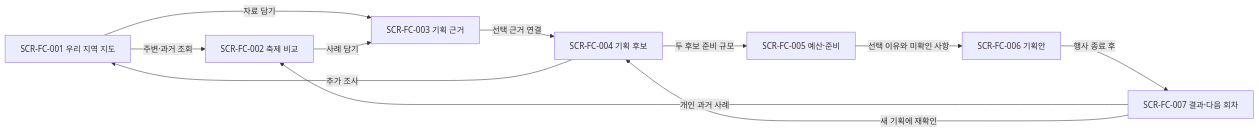
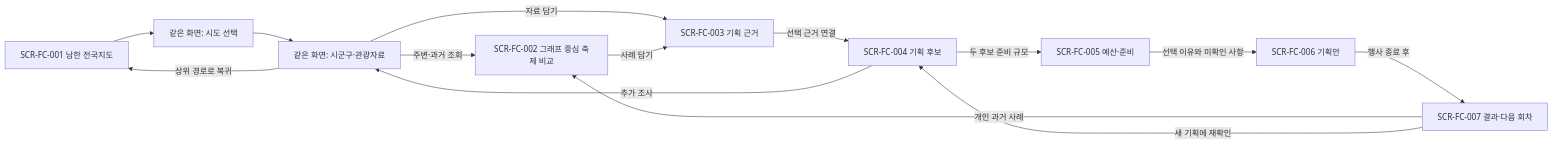
The first of 5 diagrams in docs/sdlc/2-design/flows.md (gitvssh/fest-compass), drawn with Mermaid before and after one commit. The commit also changed other lines of this file and 43 other files, not shown here.

Commit message:
docs: design nationwide exploration and evidence-backed comparison charts

````diff
--- a/docs/sdlc/2-design/flows.md
+++ b/docs/sdlc/2-design/flows.md
@@ -15,13 +15,16 @@
 ```mermaid
 flowchart LR
-  A["SCR-FC-001 우리 지역 지도"] -->|주변·과거 조회| B["SCR-FC-002 축제 비교"]
+  N["SCR-FC-001 남한 전국지도"] --> P["같은 화면: 시도 선택"]
+  P --> A["같은 화면: 시군구·관광자료"]
+  A -->|상위 경로로 복귀| N
+  A -->|주변·과거 조회| B["SCR-FC-002 그래프 중심 축제 비교"]
   A -->|자료 담기| C["SCR-FC-003 기획 근거"]
   B -->|사례 담기| C
   C -->|선택 근거 연결| D["SCR-FC-004 기획 후보"]
   D -->|두 후보 준비 규모| E["SCR-FC-005 예산·준비"]
   E -->|선택 이유와 미확인 사항| F["SCR-FC-006 기획안"]
   F -->|행사 종료 후| G["SCR-FC-007 결과·다음 회차"]
   G -->|개인 과거 사례| B
   G -->|새 기획에 재확인| D
   D -->|추가 조사| A
 ```
````
